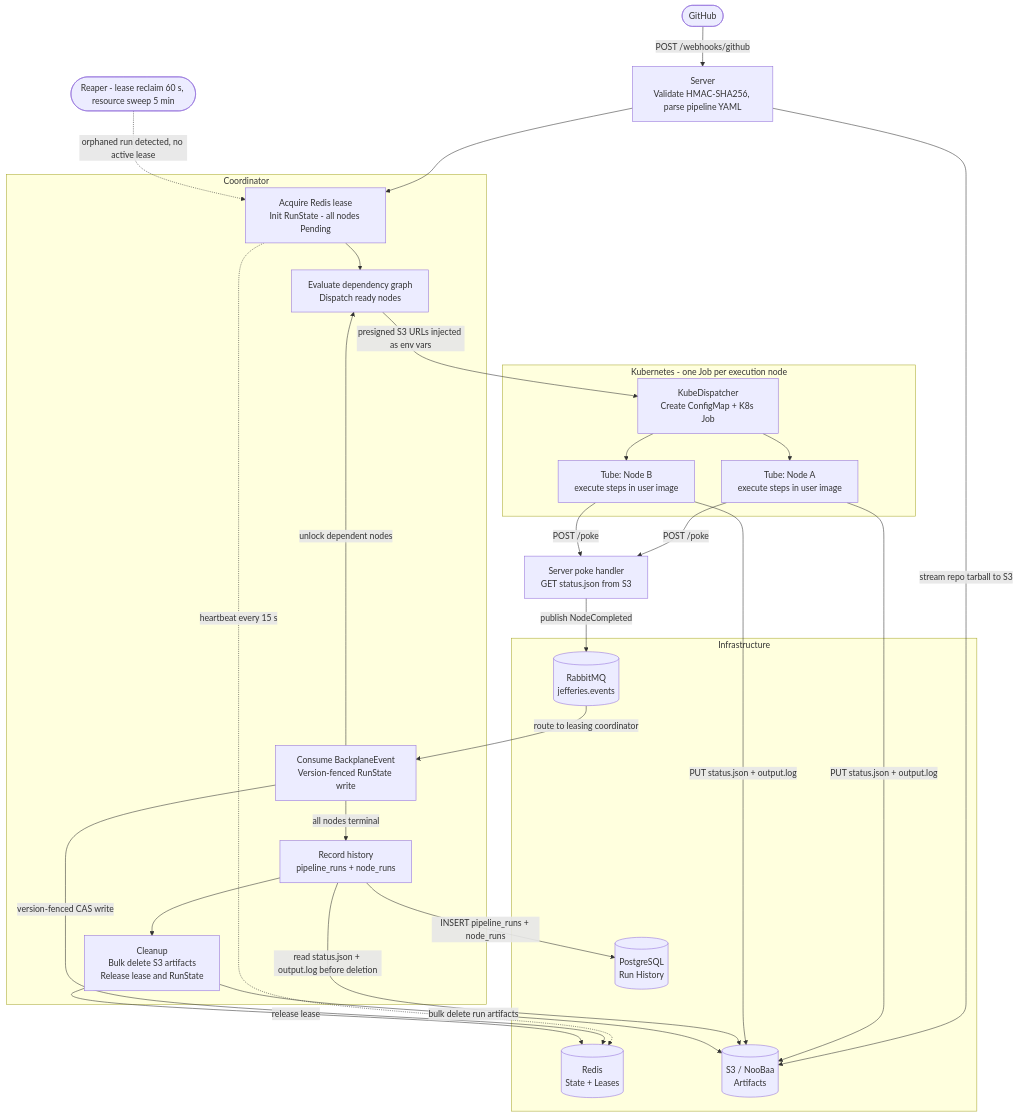
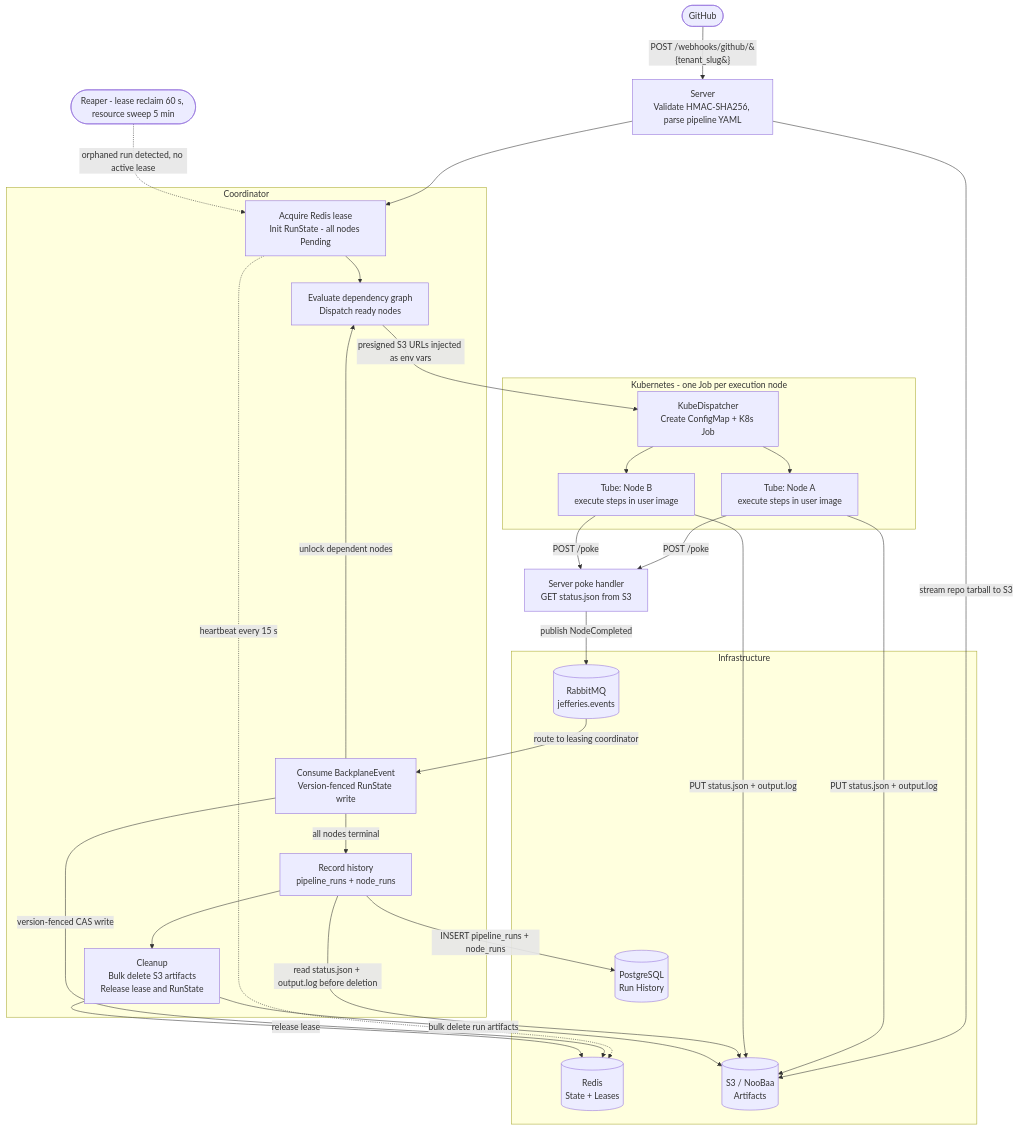
One commit to the-conn/jefferies changed the diagram in docs/architecture.md. Above: the diagram before and after it, drawn with Mermaid. The commit also changed other lines of this file and 19 other files, not shown here.

````diff
--- a/docs/architecture.md
+++ b/docs/architecture.md
@@ -86,54 +93,54 @@
 ```mermaid
 flowchart TD
     GH([GitHub])
     REAPER([Reaper - lease reclaim 60 s, resource sweep 5 min])
     SRV["Server<br/>Validate HMAC-SHA256, parse pipeline YAML"]
     POKE["Server poke handler<br/>GET status.json from S3"]
 
     subgraph infra [Infrastructure]
         REDIS[(Redis<br/>State + Leases)]
         RMQ[(RabbitMQ<br/>jefferies.events)]
         S3[(S3 / NooBaa<br/>Artifacts)]
         PG[(PostgreSQL<br/>Run History)]
     end
 
     subgraph coord [Coordinator]
         COORD_INIT["Acquire Redis lease<br/>Init RunState - all nodes Pending"]
         DEP["Evaluate dependency graph<br/>Dispatch ready nodes"]
         REACT["Consume BackplaneEvent<br/>Version-fenced RunState write"]
         HIST["Record history<br/>pipeline_runs + node_runs"]
         CLEAN["Cleanup<br/>Bulk delete S3 artifacts<br/>Release lease and RunState"]
 
         COORD_INIT --> DEP
         REACT -->|unlock dependent nodes| DEP
         REACT -->|all nodes terminal| HIST
         HIST --> CLEAN
     end
 
     subgraph kube [Kubernetes - one Job per execution node]
         KDISP["KubeDispatcher<br/>Create ConfigMap + K8s Job"]
         POD_A["Tube: Node A<br/>execute steps in user image"]
         POD_B["Tube: Node B<br/>execute steps in user image"]
 
         KDISP --> POD_A & POD_B
     end
 
-    GH -->|POST /webhooks/github| SRV
+    GH -->|POST /webhooks/github/&#123;tenant_slug&#125;| SRV
     SRV -->|stream repo tarball to S3| S3
     SRV --> COORD_INIT
     COORD_INIT -.->|heartbeat every 15 s| REDIS
     DEP -->|presigned S3 URLs injected as env vars| KDISP
 
     POD_A & POD_B -->|PUT status.json + output.log| S3
     POD_A & POD_B -->|POST /poke| POKE
 
     POKE -->|publish NodeCompleted| RMQ
     RMQ -->|route to leasing coordinator| REACT
     REACT -->|version-fenced CAS write| REDIS
     HIST -->|read status.json + output.log before deletion| S3
     HIST -->|INSERT pipeline_runs + node_runs| PG
     CLEAN -->|bulk delete run artifacts| S3
     CLEAN -->|release lease| REDIS
 
     REAPER -.->|orphaned run detected, no active lease| COORD_INIT
 ```
````
